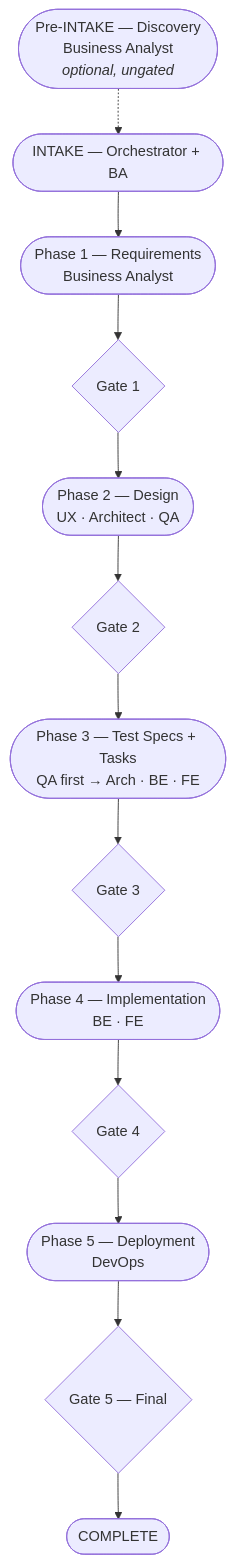
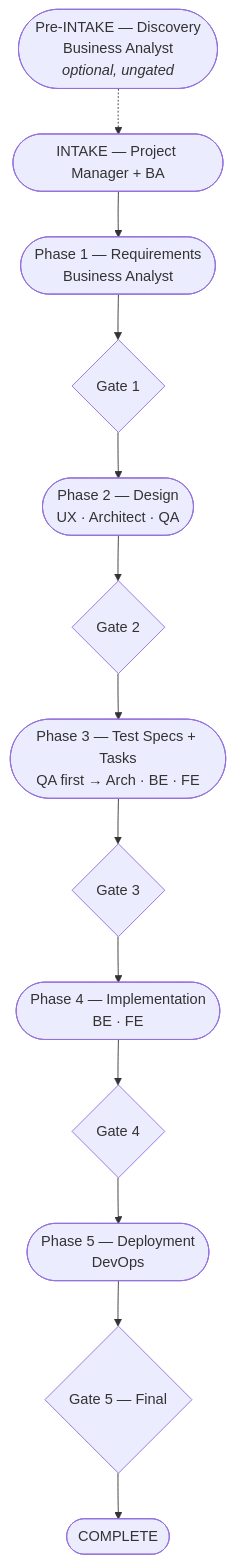
Before and after one commit to clitetailor/artifact-driven-development: the first of 3 diagrams in handbook/sdlc-workflows.md, drawn with Mermaid. The commit also changed other lines of this file and 18 other files, not shown here.

````diff
--- a/handbook/sdlc-workflows.md
+++ b/handbook/sdlc-workflows.md
@@ -6,15 +6,15 @@
 ```mermaid
 flowchart TD
     PRE([Pre-INTAKE — Discovery<br/>Business Analyst<br/><i>optional, ungated</i>]) -.-> INTAKE
-    INTAKE([INTAKE — Orchestrator + BA]) --> P1
+    INTAKE([INTAKE — Project Manager + BA]) --> P1
     P1([Phase 1 — Requirements<br/>Business Analyst]) --> G1{Gate 1}
     G1 --> P2([Phase 2 — Design<br/>UX · Architect · QA])
     P2 --> G2{Gate 2}
     G2 --> P3([Phase 3 — Test Specs + Tasks<br/>QA first → Arch · BE · FE])
     P3 --> G3{Gate 3}
     G3 --> P4([Phase 4 — Implementation<br/>BE · FE])
     P4 --> G4{Gate 4}
     G4 --> P5([Phase 5 — Deployment<br/>DevOps])
     P5 --> G5{Gate 5 — Final}
     G5 --> DONE([COMPLETE])
 ```
````
